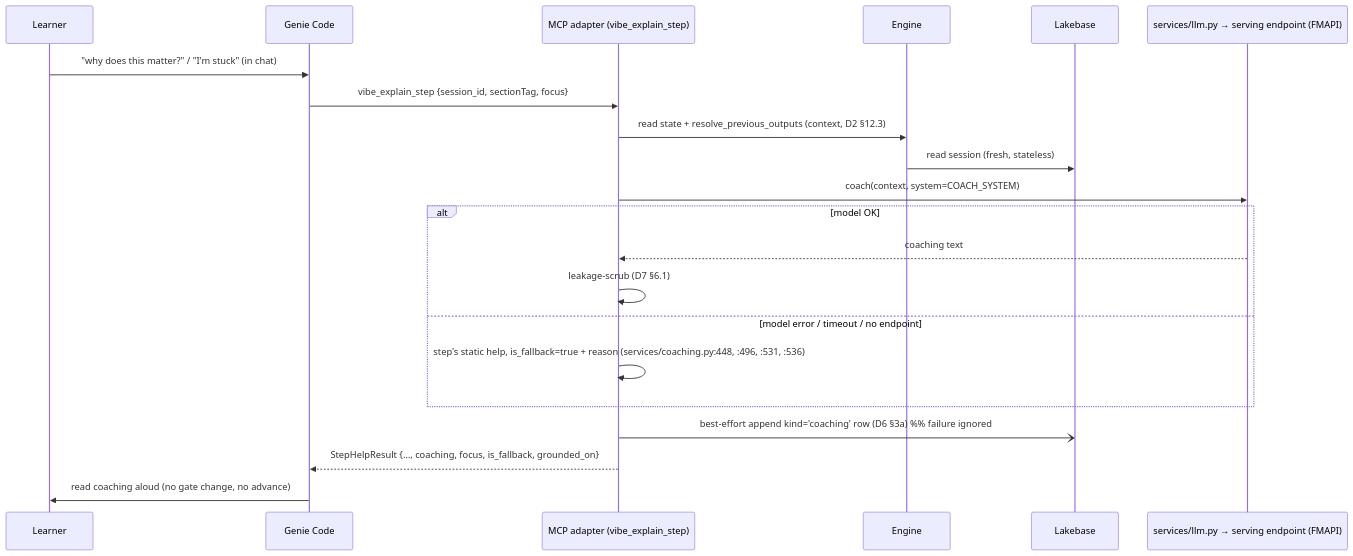
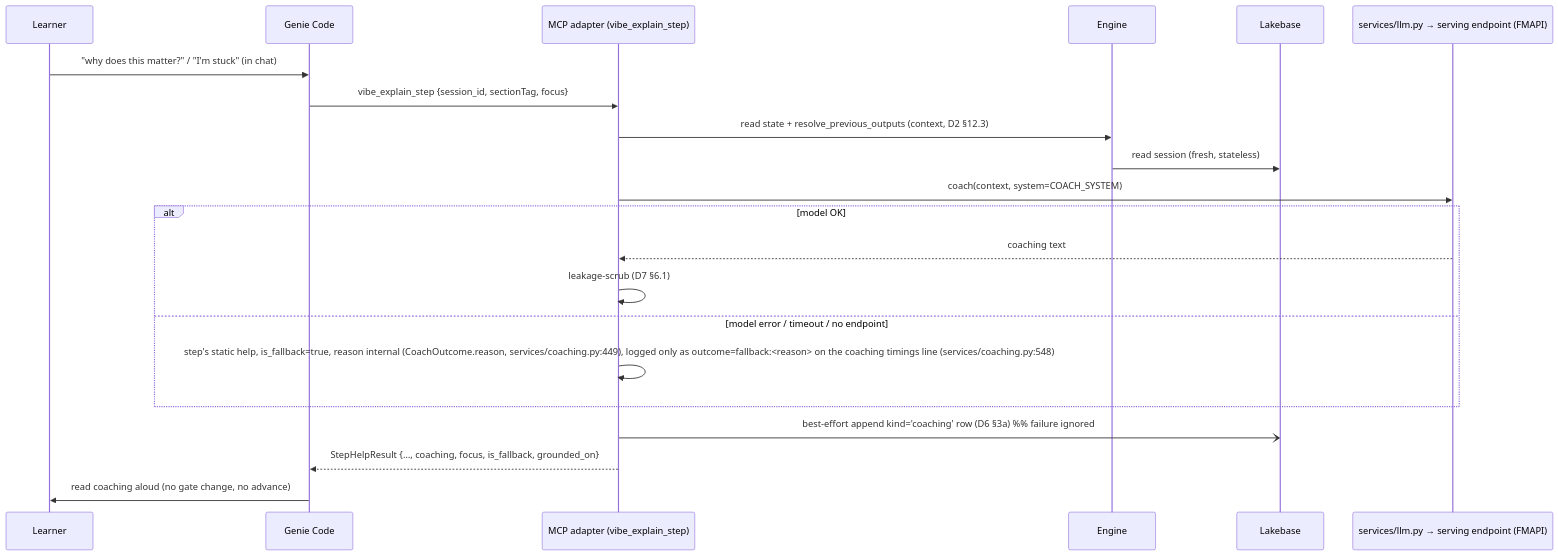
Before and after one commit to databricks-solutions/vibe-coding-workshop-app: the fifth of 5 diagrams in docs/specs/mcp_design/mcp-workshop-architecture.md, drawn with Mermaid. The commit also changed 7 other files, not shown here.

First line of the commit message:
Say the coaching fallback reason is internal, not a returned field (docs-next-2 fix-up r1, D-175)

````diff
--- a/docs/specs/mcp_design/mcp-workshop-architecture.md
+++ b/docs/specs/mcp_design/mcp-workshop-architecture.md
@@ -253,23 +253,23 @@
 ```mermaid
 sequenceDiagram
   participant U as Learner
   participant GC as Genie Code
   participant MCP as MCP adapter (vibe_explain_step)
   participant E as Engine
   participant DB as Lakebase
   participant LLM as services/llm.py → serving endpoint (FMAPI)
   U->>GC: "why does this matter?" / "I'm stuck"  (in chat)
   GC->>MCP: vibe_explain_step {session_id, sectionTag, focus}
   MCP->>E: read state + resolve_previous_outputs (context, D2 §12.3)
   E->>DB: read session (fresh, stateless)
   MCP->>LLM: coach(context, system=COACH_SYSTEM)
   alt model OK
     LLM-->>MCP: coaching text
     MCP->>MCP: leakage-scrub (D7 §6.1)
   else model error / timeout / no endpoint
-    MCP->>MCP: step's static help, is_fallback=true + reason (services/coaching.py:448, :496, :531, :536)
+    MCP->>MCP: step's static help, is_fallback=true, reason internal (CoachOutcome.reason, services/coaching.py:449), logged only as outcome=fallback:#lt;reason#gt; on the coaching timings line (services/coaching.py:548)
   end
   MCP-)DB: best-effort append kind='coaching' row (D6 §3a)  %% failure ignored
   MCP-->>GC: StepHelpResult {…, coaching, focus, is_fallback, grounded_on}
   GC->>U: read coaching aloud  (no gate change, no advance)
 ```
````
